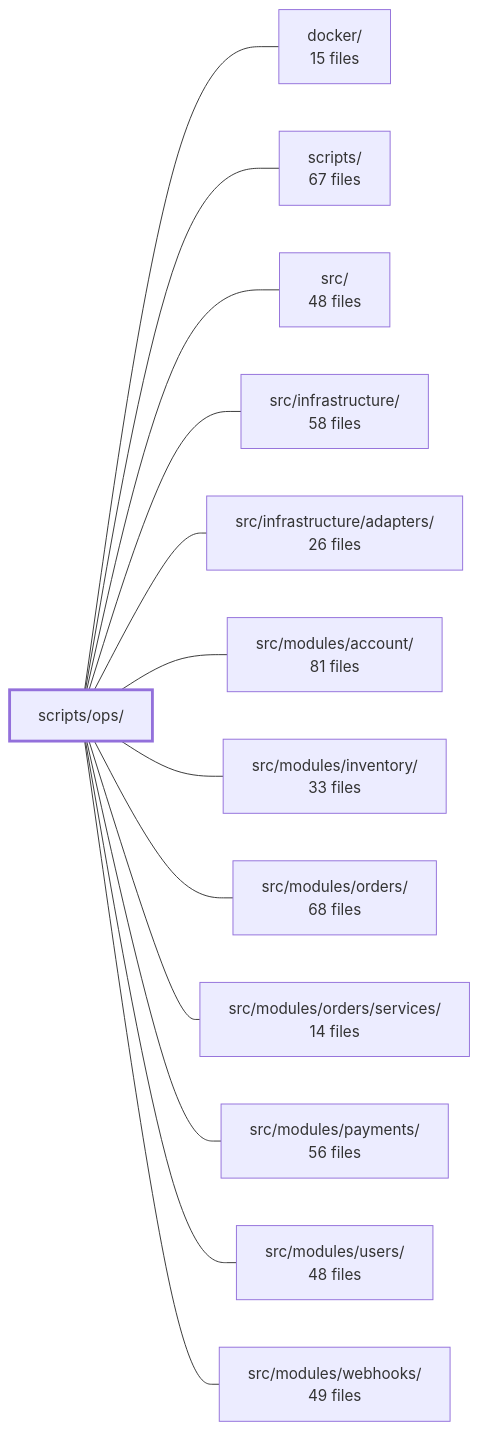
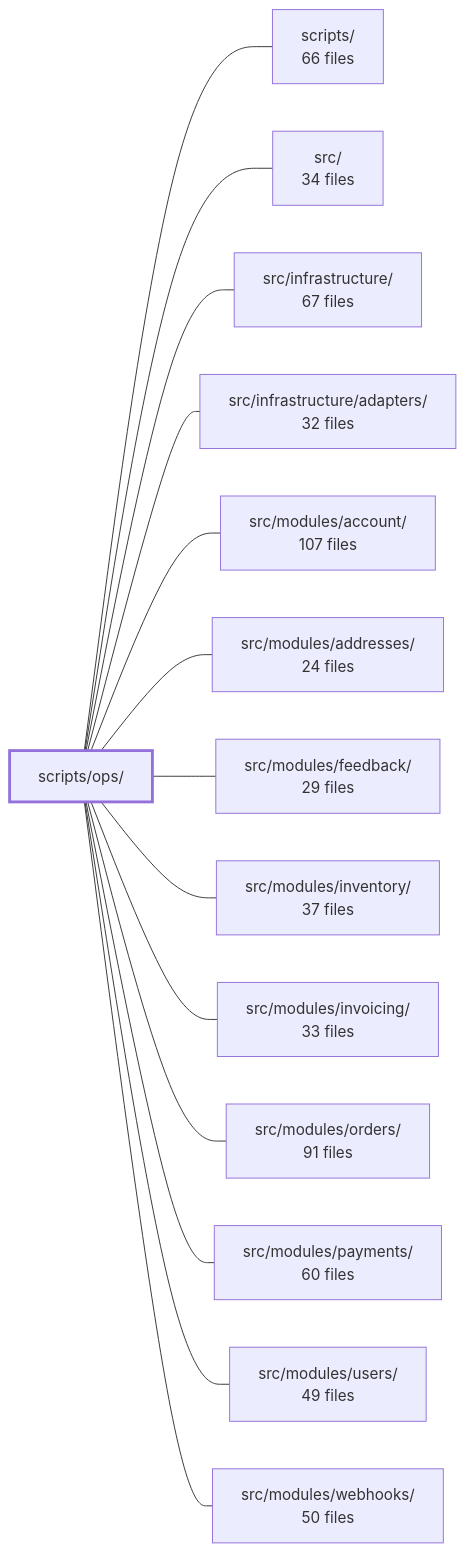
The diagram in .2brain/modules/boilerplate-node-backend_scripts_ops.md (Guebbit/boilerplate-node-backend), drawn with Mermaid before and after one commit. The commit also changed other lines of this file and 106 other files, not shown here.

````diff
--- a/.2brain/modules/boilerplate-node-backend_scripts_ops.md
+++ b/.2brain/modules/boilerplate-node-backend_scripts_ops.md
@@ -44,29 +43,31 @@
 ```mermaid
 flowchart LR
     m_scripts_ops["scripts/ops/"]
-    m_docker["docker/<br/>15 files"]
-    m_scripts["scripts/<br/>67 files"]
-    m_src["src/<br/>48 files"]
-    m_src_infrastructure["src/infrastructure/<br/>58 files"]
-    m_src_infrastructure_adapters["src/infrastructure/adapters/<br/>26 files"]
-    m_src_modules_account["src/modules/account/<br/>81 files"]
-    m_src_modules_inventory["src/modules/inventory/<br/>33 files"]
-    m_src_modules_orders["src/modules/orders/<br/>68 files"]
-    m_src_modules_orders_services["src/modules/orders/services/<br/>14 files"]
-    m_src_modules_payments["src/modules/payments/<br/>56 files"]
-    m_src_modules_users["src/modules/users/<br/>48 files"]
-    m_src_modules_webhooks["src/modules/webhooks/<br/>49 files"]
-    m_scripts_ops --- m_docker
+    m_scripts["scripts/<br/>66 files"]
+    m_src["src/<br/>34 files"]
+    m_src_infrastructure["src/infrastructure/<br/>67 files"]
+    m_src_infrastructure_adapters["src/infrastructure/adapters/<br/>32 files"]
+    m_src_modules_account["src/modules/account/<br/>107 files"]
+    m_src_modules_addresses["src/modules/addresses/<br/>24 files"]
+    m_src_modules_feedback["src/modules/feedback/<br/>29 files"]
+    m_src_modules_inventory["src/modules/inventory/<br/>37 files"]
+    m_src_modules_invoicing["src/modules/invoicing/<br/>33 files"]
+    m_src_modules_orders["src/modules/orders/<br/>91 files"]
+    m_src_modules_payments["src/modules/payments/<br/>60 files"]
+    m_src_modules_users["src/modules/users/<br/>49 files"]
+    m_src_modules_webhooks["src/modules/webhooks/<br/>50 files"]
     m_scripts_ops --- m_scripts
     m_scripts_ops --- m_src
     m_scripts_ops --- m_src_infrastructure
     m_scripts_ops --- m_src_infrastructure_adapters
     m_scripts_ops --- m_src_modules_account
+    m_scripts_ops --- m_src_modules_addresses
+    m_scripts_ops --- m_src_modules_feedback
     m_scripts_ops --- m_src_modules_inventory
+    m_scripts_ops --- m_src_modules_invoicing
     m_scripts_ops --- m_src_modules_orders
-    m_scripts_ops --- m_src_modules_orders_services
     m_scripts_ops --- m_src_modules_payments
     m_scripts_ops --- m_src_modules_users
     m_scripts_ops --- m_src_modules_webhooks
     style m_scripts_ops stroke-width:3px
 ```
````
